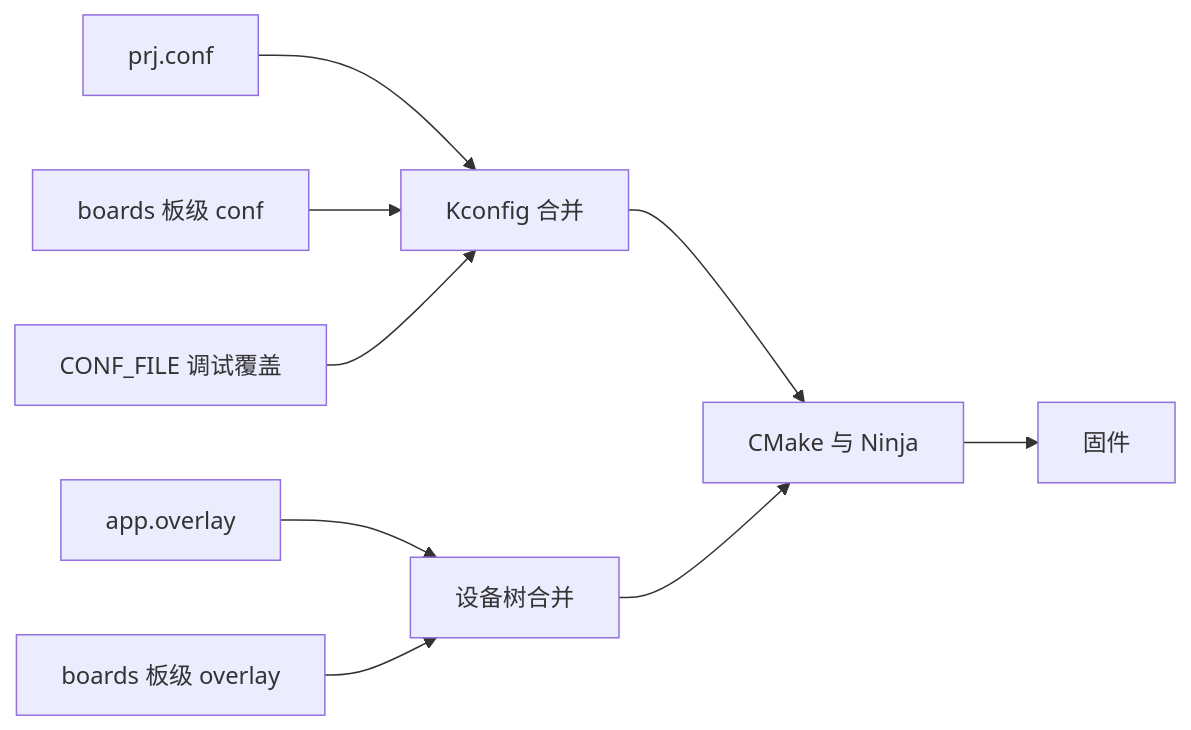
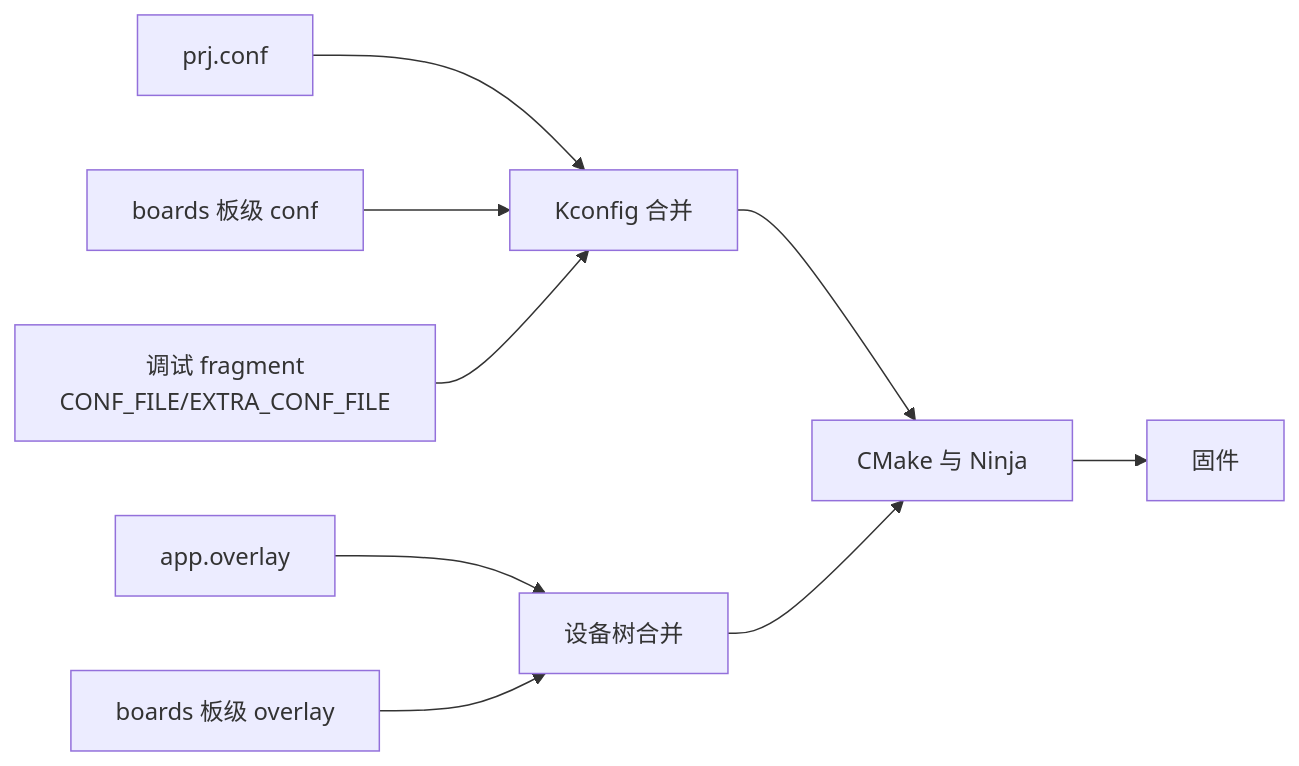
The second of 2 diagrams in docs/articles/zephyr/zephyr-04-app-structure-west-module.md (cdragon-ljl/EEandEdgeAI), drawn with Mermaid before and after one commit. The commit also changed other lines of this file and 35 other files, not shown here.

````diff
--- a/docs/articles/zephyr/zephyr-04-app-structure-west-module.md
+++ b/docs/articles/zephyr/zephyr-04-app-structure-west-module.md
@@ -122,11 +147,11 @@
 ```mermaid
 flowchart LR
     A[prj.conf] --> D[Kconfig 合并]
     B[boards 板级 conf] --> D
-    C[CONF_FILE 调试覆盖] --> D
+    C[调试 fragment<br/>CONF_FILE/EXTRA_CONF_FILE] --> D
     E[app.overlay] --> F[设备树合并]
     G[boards 板级 overlay] --> F
     D --> H[CMake 与 Ninja]
     F --> H
     H --> I[固件]
 ```
````
